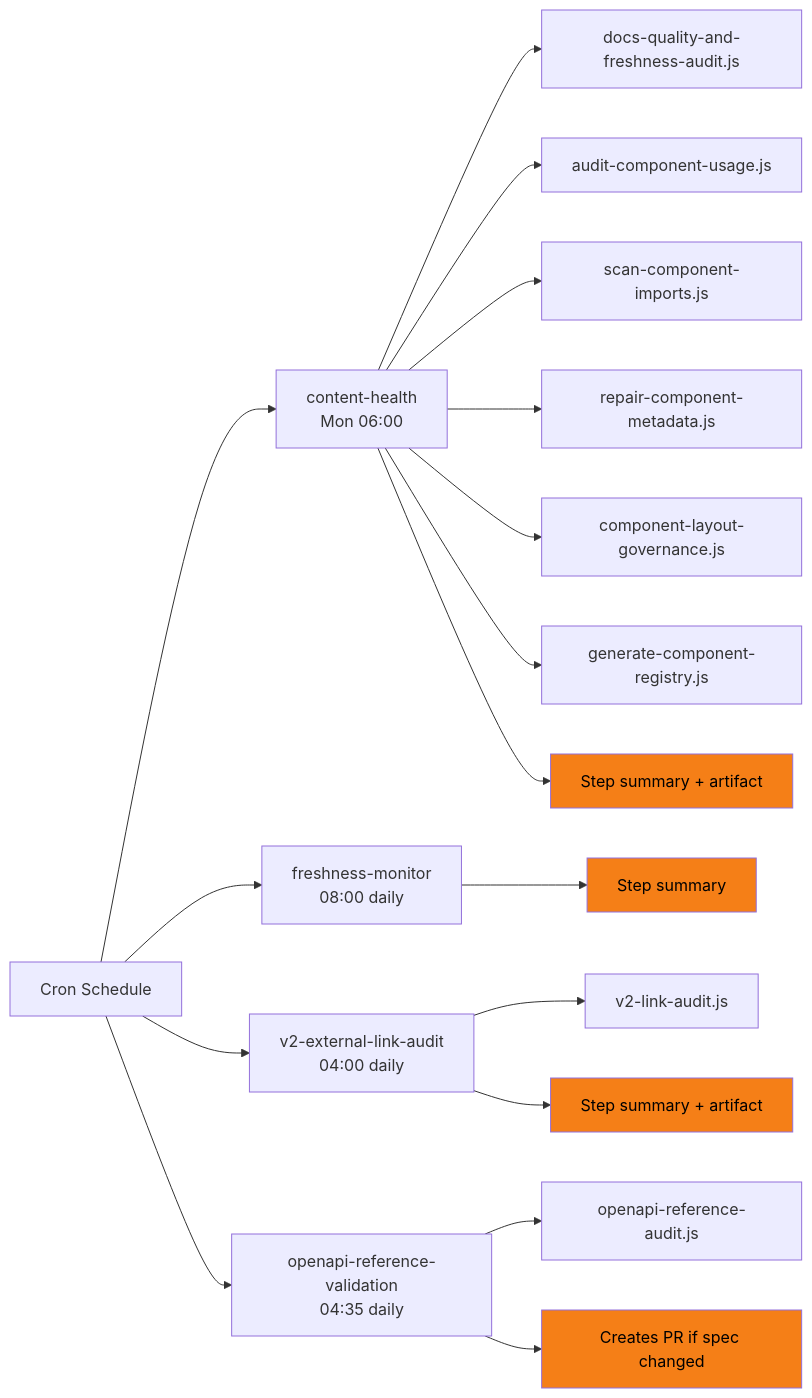
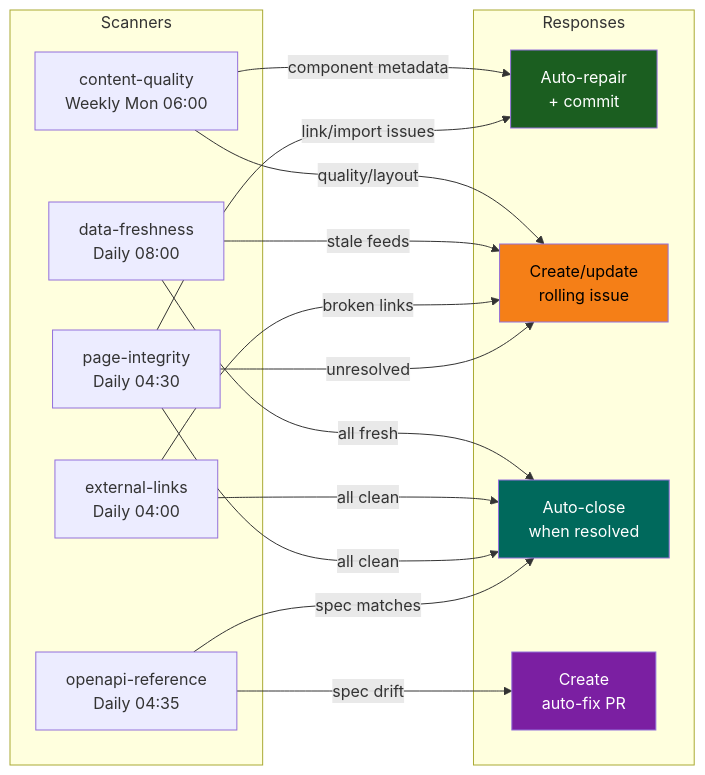
Before and after one commit to its-DeFine/docs: the fourth of 5 diagrams in .github/workspace/outcomes.md, drawn with Mermaid. The commit also changed other lines of this file and 312 other files, not shown here.

````diff
--- a/.github/workspace/outcomes.md
+++ b/.github/workspace/outcomes.md
@@ -437,31 +203,34 @@
 ```mermaid
 graph LR
-    CRON["Cron Schedule"]
+    subgraph "Scanners"
+        S1["content-quality\nWeekly Mon 06:00"]
+        S2["data-freshness\nDaily 08:00"]
+        S3["external-links\nDaily 04:00"]
+        S4["page-integrity\nDaily 04:30"]
+        S5["openapi-reference\nDaily 04:35"]
+    end
 
-    HEALTH["content-health<br/>Mon 06:00"]
-    FRESH["freshness-monitor<br/>08:00 daily"]
-    LINKS["v2-external-link-audit<br/>04:00 daily"]
-    OPENAPI["openapi-reference-validation<br/>04:35 daily"]
+    subgraph "Responses"
+        FIX["Auto-repair\n+ commit"]
+        ISSUE["Create/update\nrolling issue"]
+        CLOSE["Auto-close\nwhen resolved"]
+        PR["Create\nauto-fix PR"]
+    end
 
-    CRON --> HEALTH & FRESH & LINKS & OPENAPI
+    S1 -->|"component metadata"| FIX
+    S1 -->|"quality/layout"| ISSUE
+    S2 -->|"stale feeds"| ISSUE
+    S2 -->|"all fresh"| CLOSE
+    S3 -->|"broken links"| ISSUE
+    S3 -->|"all clean"| CLOSE
+    S4 -->|"link/import issues"| FIX
+    S4 -->|"unresolved"| ISSUE
+    S4 -->|"all clean"| CLOSE
+    S5 -->|"spec drift"| PR
+    S5 -->|"spec matches"| CLOSE
 
-    HEALTH --> S_QUAL["docs-quality-and-freshness-audit.js"]
-    HEALTH --> S_COMP["audit-component-usage.js"]
-    HEALTH --> S_SCAN["scan-component-imports.js"]
-    HEALTH --> S_REPAIR["repair-component-metadata.js"]
-    HEALTH --> S_LAY["component-layout-governance.js"]
-    HEALTH --> S_REG["generate-component-registry.js"]
-
-    LINKS --> S_LINK["v2-link-audit.js"]
-    OPENAPI --> S_API["openapi-reference-audit.js"]
-
-    HEALTH --> OUT_SUM["Step summary + artifact"]
-    FRESH --> OUT_SUM2["Step summary"]
-    LINKS --> OUT_SUM3["Step summary + artifact"]
-    OPENAPI --> OUT_PR["Creates PR if spec changed"]
-
-    style OUT_SUM fill:#f57f17,color:#000
-    style OUT_SUM2 fill:#f57f17,color:#000
-    style OUT_SUM3 fill:#f57f17,color:#000
-    style OUT_PR fill:#f57f17,color:#000
+    style FIX fill:#1b5e20,color:#fff
+    style ISSUE fill:#f57f17,color:#000
+    style CLOSE fill:#00695c,color:#fff
+    style PR fill:#7b1fa2,color:#fff
 ```
````
